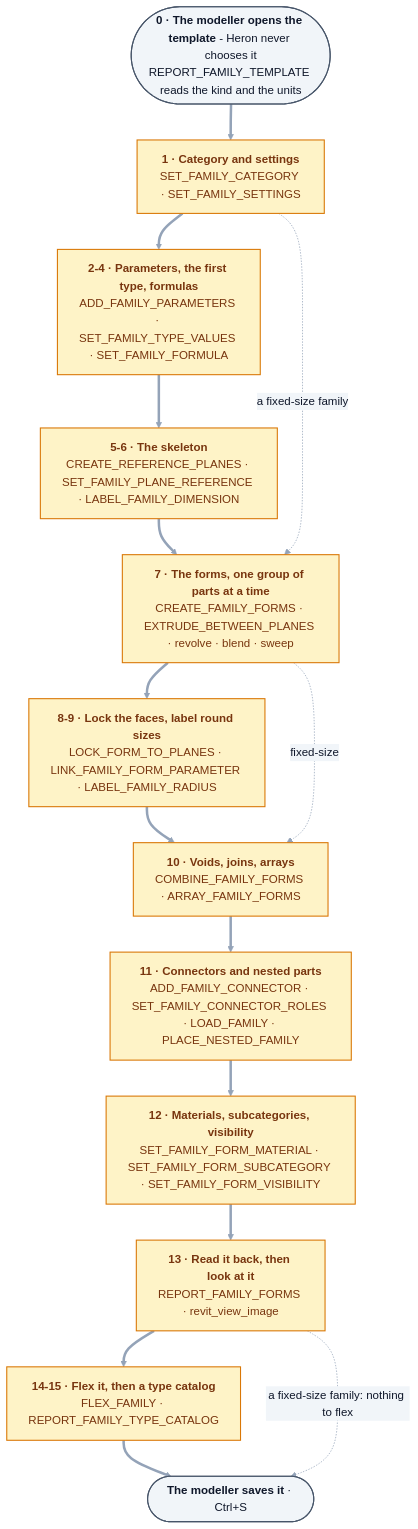
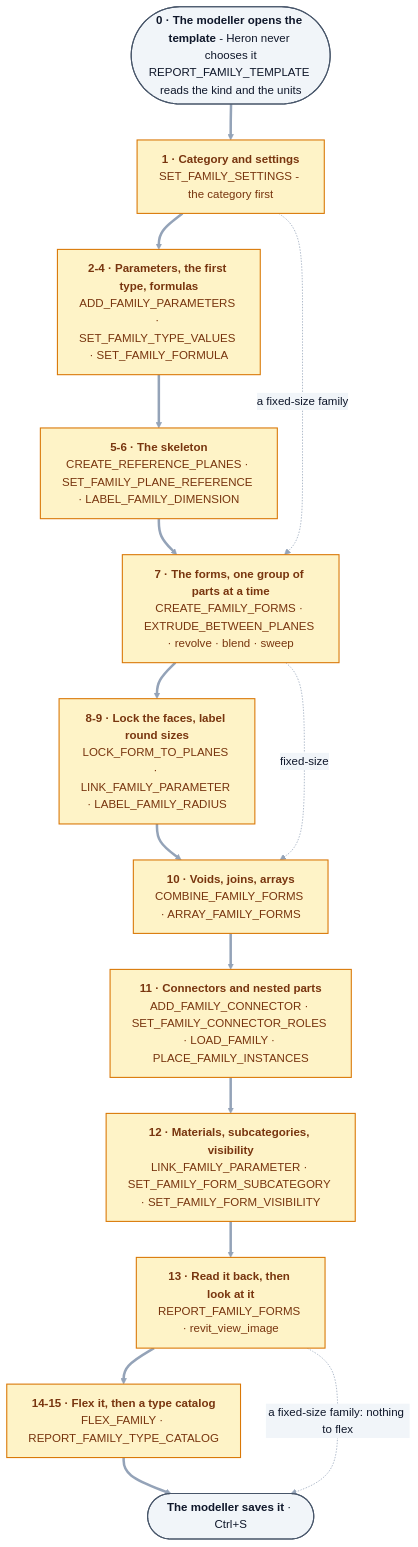
The diagram in docs/43-building-revit-families.md (Ajmalpshaik/Heron-AI), drawn with Mermaid before and after one commit. The commit also changed other lines of this file and 734 other files, not shown here.

````diff
--- a/docs/43-building-revit-families.md
+++ b/docs/43-building-revit-families.md
@@ -62,26 +62,26 @@
 ```mermaid
 %%{init: {"themeVariables": {"edgeLabelBackground":"#F1F5F9","lineColor":"#94A3B8","textColor":"#0F172A","tertiaryTextColor":"#0F172A"}}}%%
 flowchart TD
     S0(["<b>0 · The modeller opens the template</b> - Heron never chooses it<br/>REPORT_FAMILY_TEMPLATE reads the kind and the units"])
-    S1["<b>1 · Category and settings</b><br/>SET_FAMILY_CATEGORY · SET_FAMILY_SETTINGS"]
+    S1["<b>1 · Category and settings</b><br/>SET_FAMILY_SETTINGS - the category first"]
     S2["<b>2-4 · Parameters, the first type, formulas</b><br/>ADD_FAMILY_PARAMETERS · SET_FAMILY_TYPE_VALUES · SET_FAMILY_FORMULA"]
     S5["<b>5-6 · The skeleton</b><br/>CREATE_REFERENCE_PLANES · SET_FAMILY_PLANE_REFERENCE · LABEL_FAMILY_DIMENSION"]
     S7["<b>7 · The forms, one group of parts at a time</b><br/>CREATE_FAMILY_FORMS · EXTRUDE_BETWEEN_PLANES · revolve · blend · sweep"]
-    S8["<b>8-9 · Lock the faces, label round sizes</b><br/>LOCK_FORM_TO_PLANES · LINK_FAMILY_FORM_PARAMETER · LABEL_FAMILY_RADIUS"]
+    S8["<b>8-9 · Lock the faces, label round sizes</b><br/>LOCK_FORM_TO_PLANES · LINK_FAMILY_PARAMETER · LABEL_FAMILY_RADIUS"]
     S10["<b>10 · Voids, joins, arrays</b><br/>COMBINE_FAMILY_FORMS · ARRAY_FAMILY_FORMS"]
-    S11["<b>11 · Connectors and nested parts</b><br/>ADD_FAMILY_CONNECTOR · SET_FAMILY_CONNECTOR_ROLES · LOAD_FAMILY · PLACE_NESTED_FAMILY"]
-    S12["<b>12 · Materials, subcategories, visibility</b><br/>SET_FAMILY_FORM_MATERIAL · SET_FAMILY_FORM_SUBCATEGORY · SET_FAMILY_FORM_VISIBILITY"]
+    S11["<b>11 · Connectors and nested parts</b><br/>ADD_FAMILY_CONNECTOR · SET_FAMILY_CONNECTOR_ROLES · LOAD_FAMILY · PLACE_FAMILY_INSTANCES"]
+    S12["<b>12 · Materials, subcategories, visibility</b><br/>LINK_FAMILY_PARAMETER · SET_FAMILY_FORM_SUBCATEGORY · SET_FAMILY_FORM_VISIBILITY"]
     S13["<b>13 · Read it back, then look at it</b><br/>REPORT_FAMILY_FORMS · revit_view_image"]
     S14["<b>14-15 · Flex it, then a type catalog</b><br/>FLEX_FAMILY · REPORT_FAMILY_TYPE_CATALOG"]
     SV(["<b>The modeller saves it</b> · Ctrl+S"])
 
     S0 ==> S1 ==> S2 ==> S5 ==> S7 ==> S8 ==> S10 ==> S11 ==> S12 ==> S13 ==> S14 ==> SV
     S1 -.->|a fixed-size family| S7
     S7 -.->|fixed-size| S10
     S13 -.->|a fixed-size family: nothing to flex| SV
 
     classDef user fill:#F1F5F9,stroke:#475569,stroke-width:1.5px,color:#0F172A
     classDef addin fill:#FEF3C7,stroke:#D97706,stroke-width:1.5px,color:#78350F
     class S0,SV user
     class S1,S2,S5,S7,S8,S10,S11,S12,S13,S14 addin
 ```
````
